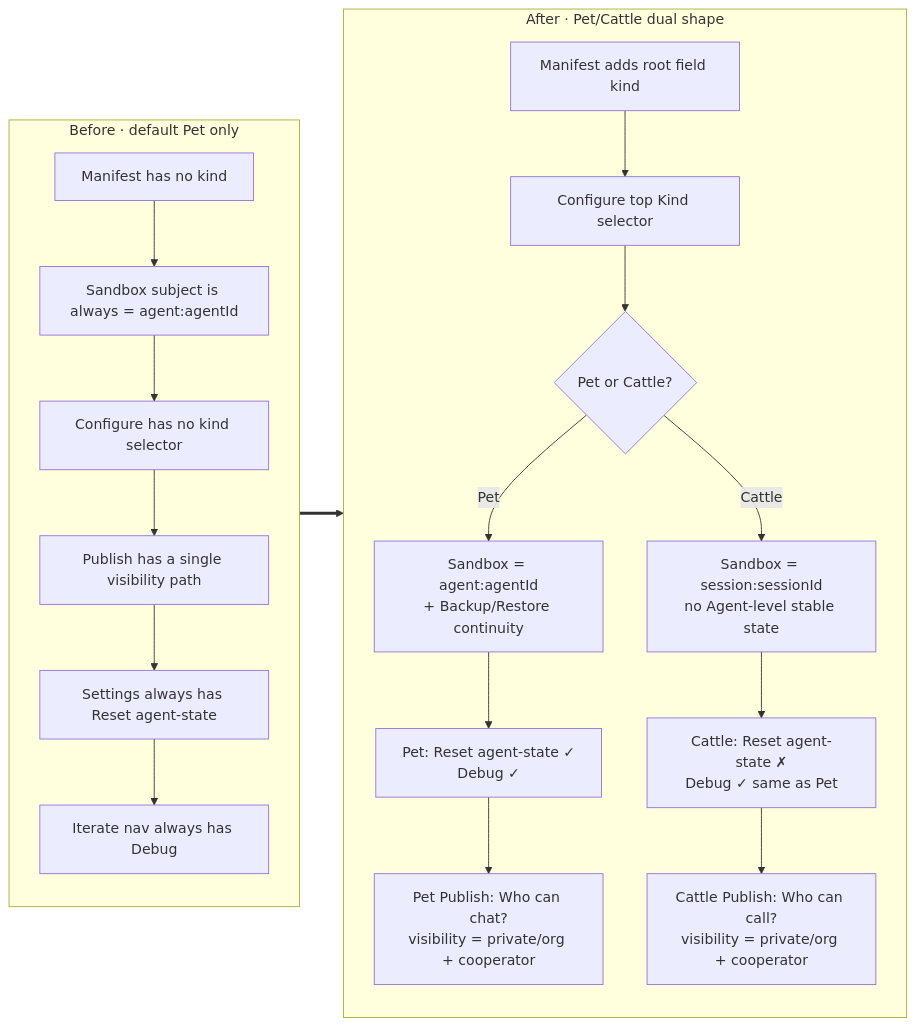
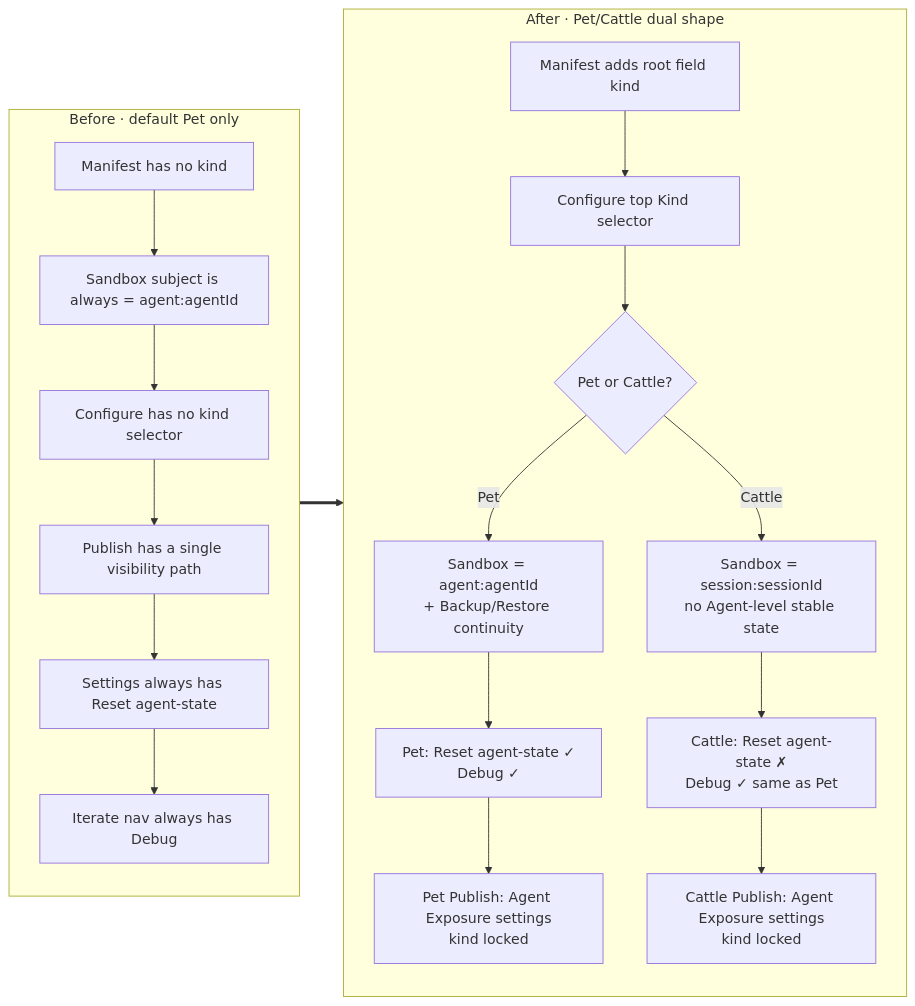
The first of 3 diagrams in docs/prd/agent-type.md (langgenius/mosoo), drawn with Mermaid before and after one commit. The commit also changed other lines of this file and 71 other files, not shown here.

````diff
--- a/docs/prd/agent-type.md
+++ b/docs/prd/agent-type.md
@@ -85,23 +85,23 @@
 ```mermaid
 flowchart LR
   subgraph Before["Before · default Pet only"]
     B1[Manifest has no kind] --> B2[Sandbox subject is always = agent:agentId]
     B2 --> B3[Configure has no kind selector]
     B3 --> B4[Publish has a single visibility path]
     B4 --> B5[Settings always has Reset agent-state]
     B5 --> B6[Iterate nav always has Debug]
   end
 
   subgraph After["After · Pet/Cattle dual shape"]
     A1[Manifest adds root field kind] --> A2[Configure top Kind selector]
     A2 --> A3{Pet or Cattle?}
     A3 -->|Pet| A4[Sandbox = agent:agentId<br/>+ Backup/Restore continuity]
     A3 -->|Cattle| A5[Sandbox = session:sessionId<br/>no Agent-level stable state]
     A4 --> A6[Pet: Reset agent-state ✓<br/>Debug ✓]
     A5 --> A7[Cattle: Reset agent-state ✗<br/>Debug ✓ same as Pet]
-    A6 --> A8[Pet Publish: Who can chat?<br/>visibility = private/org + cooperator]
-    A7 --> A9[Cattle Publish: Who can call?<br/>visibility = private/org + cooperator]
+    A6 --> A8[Pet Publish: Agent Exposure settings<br/>kind locked]
+    A7 --> A9[Cattle Publish: Agent Exposure settings<br/>kind locked]
   end
 
   Before ==> After
 ```
````
